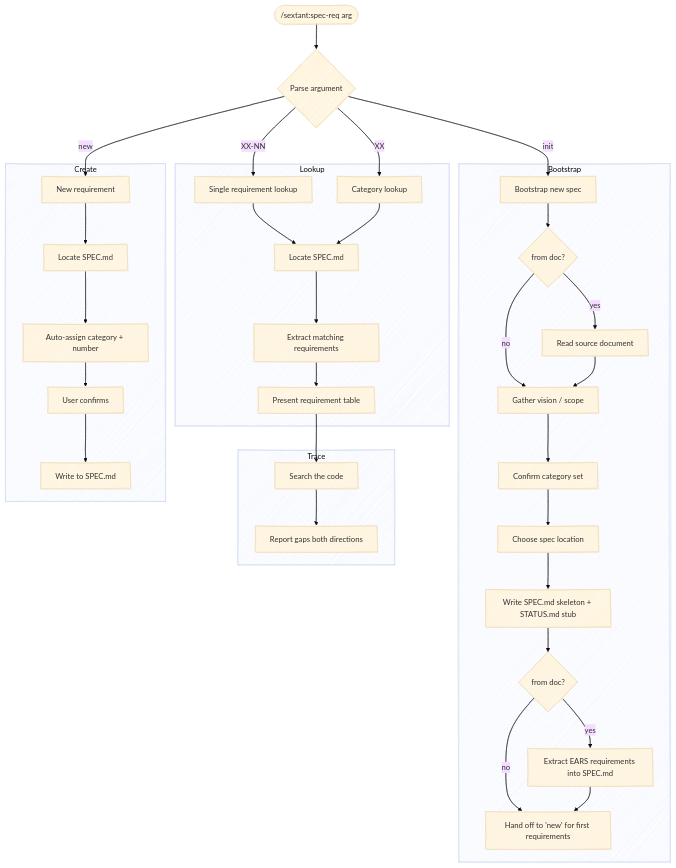
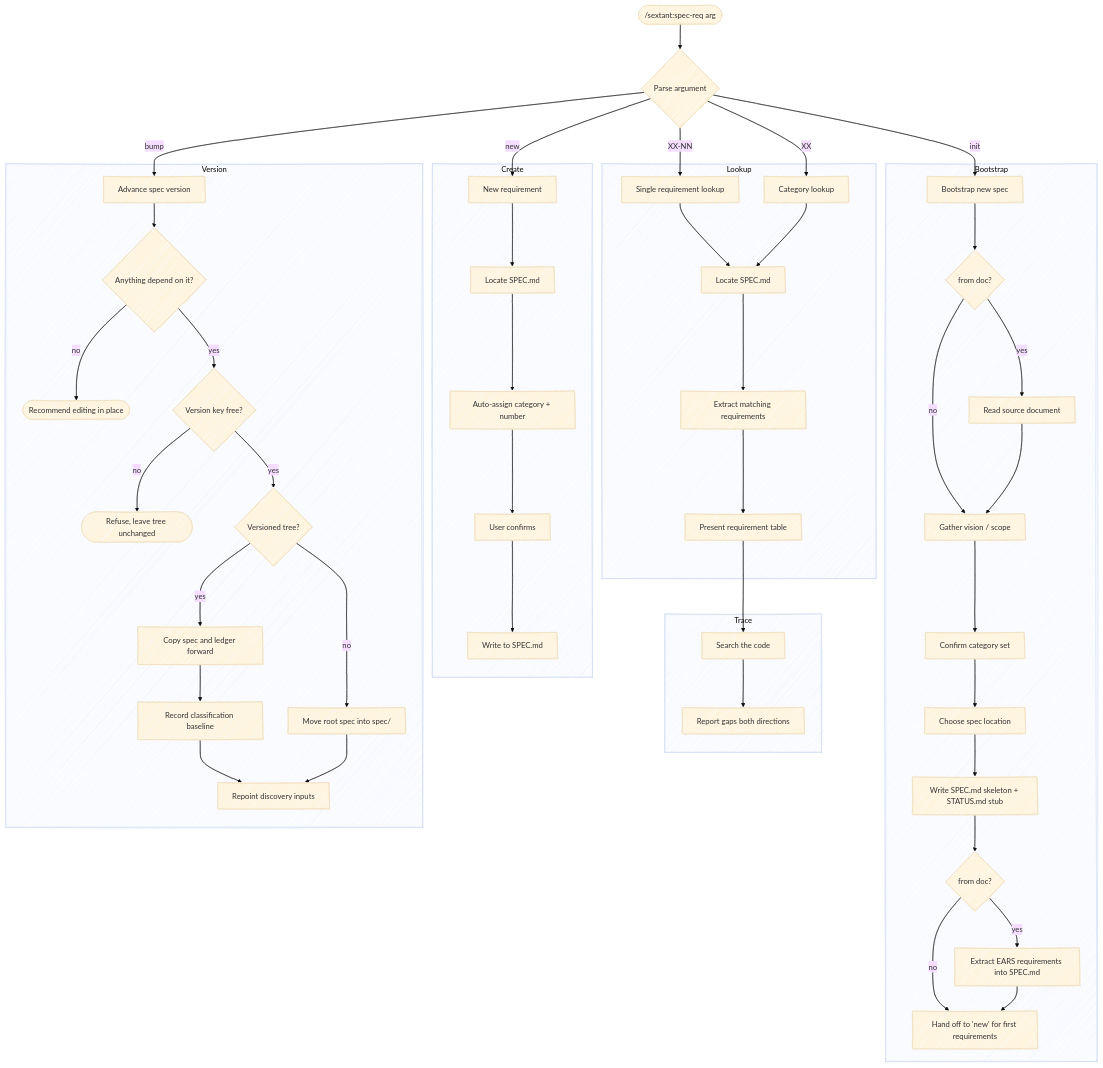
One commit to chris-peterson/sextant changed the diagram in skills/spec-req/SKILL.md. Above: the diagram before and after it, drawn with Mermaid (base theme). The commit also changed other lines of this file and 7 other files, not shown here.

````diff
--- a/skills/spec-req/SKILL.md
+++ b/skills/spec-req/SKILL.md
@@ -11,43 +11,57 @@
 ```mermaid
 %%{ init: { 'look': 'handDrawn' } }%%
 flowchart TD
     Start(["/sextant:spec-req arg"]) --> Parse
 
     Parse{"Parse argument"} -->|"XX-NN"| Single["Single requirement lookup"]
     Parse -->|"XX"| Category["Category lookup"]
     Parse -->|"new"| New["New requirement"]
     Parse -->|"init"| Init["Bootstrap new spec"]
+    Parse -->|"bump"| Bump["Advance spec version"]
 
     subgraph "Bootstrap"
         Init --> HasDoc{"from doc?"}
         HasDoc -->|"no"| Vision["Gather vision / scope"]
         HasDoc -->|"yes"| ReadDoc["Read source document"]
         ReadDoc --> Vision
         Vision --> Sections["Confirm category set"]
         Sections --> Location["Choose spec location"]
         Location --> Scaffold["Write SPEC.md skeleton + STATUS.md stub"]
         Scaffold --> FromDoc{"from doc?"}
         FromDoc -->|"yes"| Populate["Extract EARS requirements into SPEC.md"]
         FromDoc -->|"no"| Handoff["Hand off to 'new' for first requirements"]
         Populate --> Handoff
     end
 
     subgraph "Lookup"
         Single --> FindSpec["Locate SPEC.md"]
         Category --> FindSpec
         FindSpec --> Extract["Extract matching requirements"]
         Extract --> Table["Present requirement table"]
     end
 
     subgraph "Trace"
         Table --> Search["Search the code"]
         Search --> Gaps["Report gaps both directions"]
     end
 
     subgraph "Create"
         New --> FindSpec2["Locate SPEC.md"]
         FindSpec2 --> Classify["Auto-assign category + number"]
         Classify --> Confirm["User confirms"]
         Confirm --> Write["Write to SPEC.md"]
     end
+
+    subgraph "Version"
+        Bump --> Protect{"Anything depend on it?"}
+        Protect -->|"no"| InPlace(["Recommend editing in place"])
+        Protect -->|"yes"| KeyFree{"Version key free?"}
+        KeyFree -->|"no"| Refuse(["Refuse, leave tree unchanged"])
+        KeyFree -->|"yes"| Versioned{"Versioned tree?"}
+        Versioned -->|"no"| Adopt["Move root spec into spec/"]
+        Versioned -->|"yes"| Copy["Copy spec and ledger forward"]
+        Copy --> Baseline["Record classification baseline"]
+        Baseline --> Repoint["Repoint discovery inputs"]
+        Adopt --> Repoint
+    end
 ```
````
